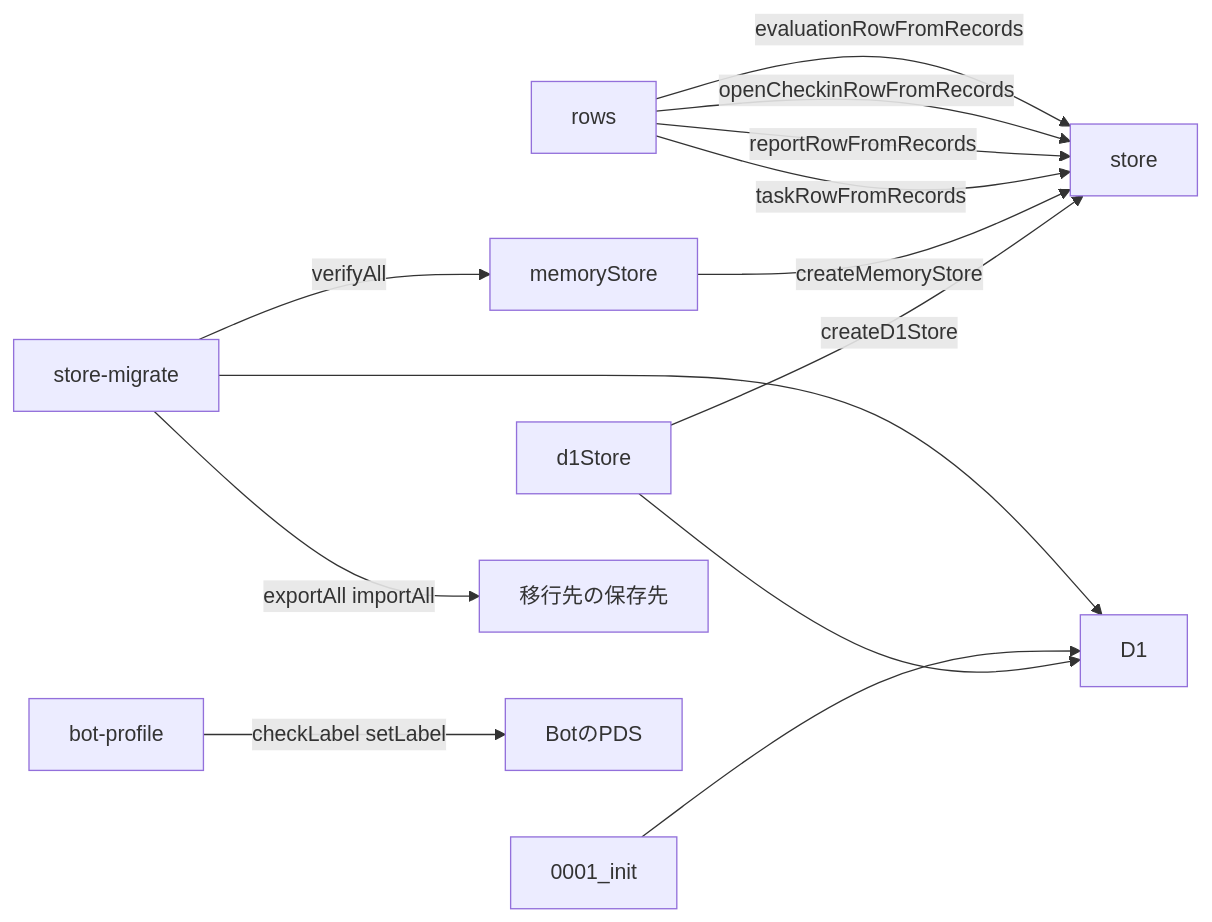
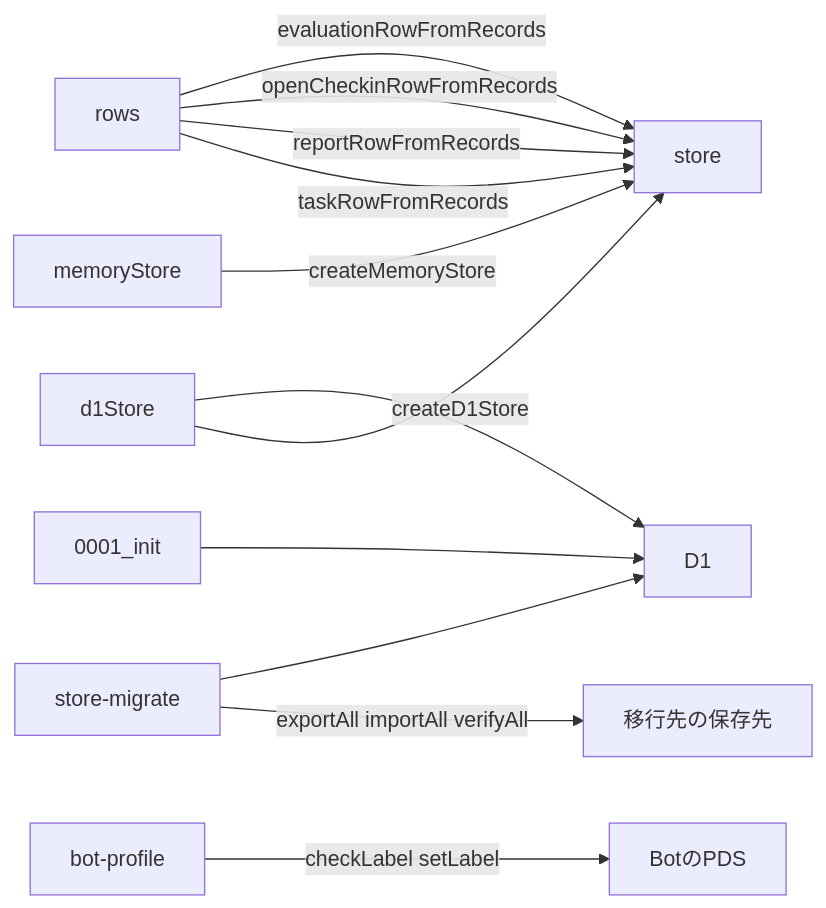
One commit to nllacc/shinchoku-chan changed the second of 4 diagrams in specs/platform/design.md. Above: the diagram before and after it, drawn with Mermaid. The commit also changed other lines of this file and 9 other files, not shown here.

````diff
--- a/specs/platform/design.md
+++ b/specs/platform/design.md
@@ -51,15 +51,14 @@
 ```mermaid
 flowchart LR
   d1Store -->|createD1Store| store
   memoryStore -->|createMemoryStore| store
   rows -->|taskRowFromRecords| store
   rows -->|reportRowFromRecords| store
   rows -->|openCheckinRowFromRecords| store
   rows -->|evaluationRowFromRecords| store
   d1Store --> ext_d1["D1"]
   migration["0001_init"] --> ext_d1
-  storeMigrate["store-migrate"] -->|exportAll importAll| ext_target["移行先の保存先"]
-  storeMigrate -->|verifyAll| memoryStore
+  storeMigrate["store-migrate"] -->|exportAll importAll verifyAll| ext_target["移行先の保存先"]
   storeMigrate --> ext_d1
   botProfile["bot-profile"] -->|checkLabel setLabel| ext_bpds["BotのPDS"]
 ```
````
